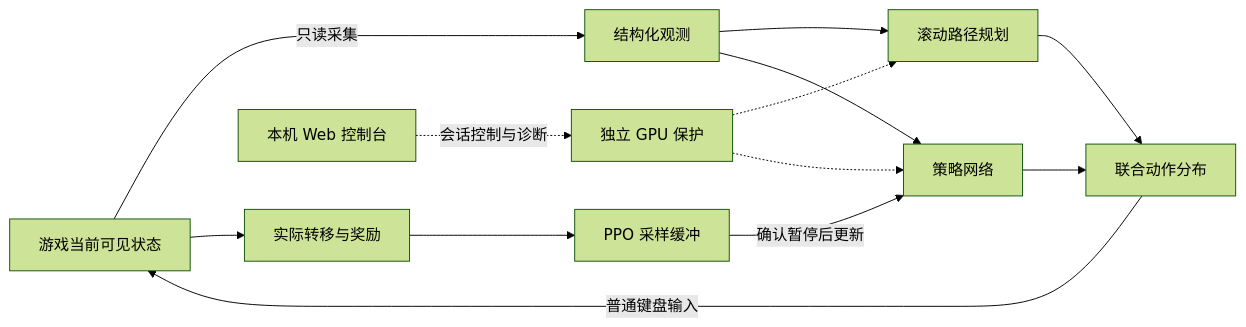
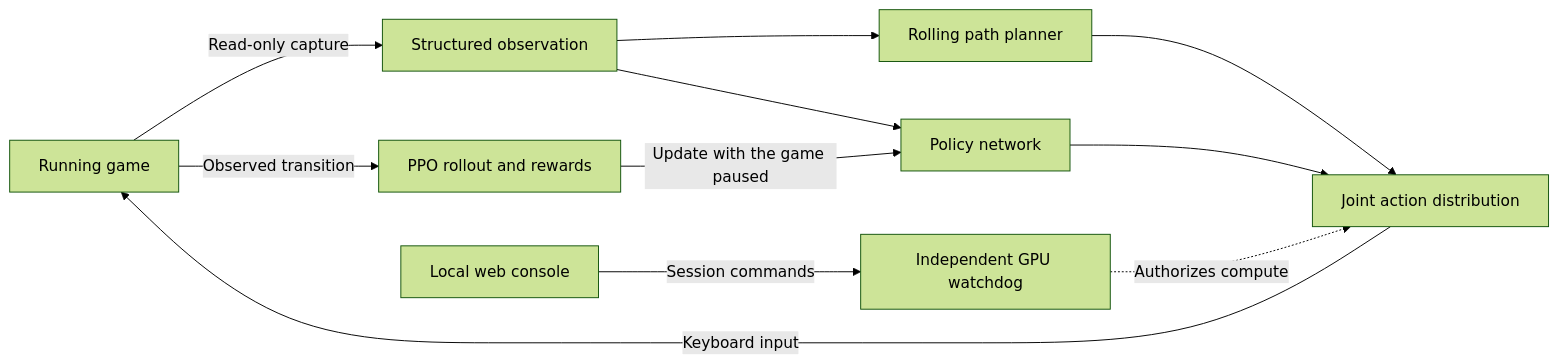
The diagram in README.md (xialongxl/TH06NC-Neural-Pilot), drawn with Mermaid (forest theme) before and after one commit. The commit also changed other lines of this file and 65 other files, not shown here.

````diff
--- a/README.md
+++ b/README.md
@@ -143,15 +72,13 @@
 ```mermaid
 flowchart LR
-  Game[游戏当前可见状态] -->|只读采集| Observe[结构化观测]
-  Observe --> Plan[滚动路径规划]
-  Observe --> Network[策略网络]
-  Plan --> Policy[联合动作分布]
-  Network --> Policy
-  Policy -->|普通键盘输入| Game
-  Game --> Feedback[实际转移与奖励]
-  Feedback --> PPO[PPO 采样缓冲]
-  PPO -->|确认暂停后更新| Network
-  Guard[独立 GPU 保护] -.-> Plan
-  Guard -.-> Network
-  Console[本机 Web 控制台] -.->|会话控制与诊断| Guard
+  Game[Running game] -->|Read-only capture| Obs[Structured observation]
+  Obs --> Planner[Rolling path planner]
+  Obs --> Network[Policy network]
+  Planner --> Action[Joint action distribution]
+  Network --> Action
+  Action -->|Keyboard input| Game
+  Game -->|Observed transition| PPO[PPO rollout and rewards]
+  PPO -->|Update with the game paused| Network
+  Console[Local web console] -->|Session commands| Guard[Independent GPU watchdog]
+  Guard -.->|Authorizes compute| Action
 ```
````
